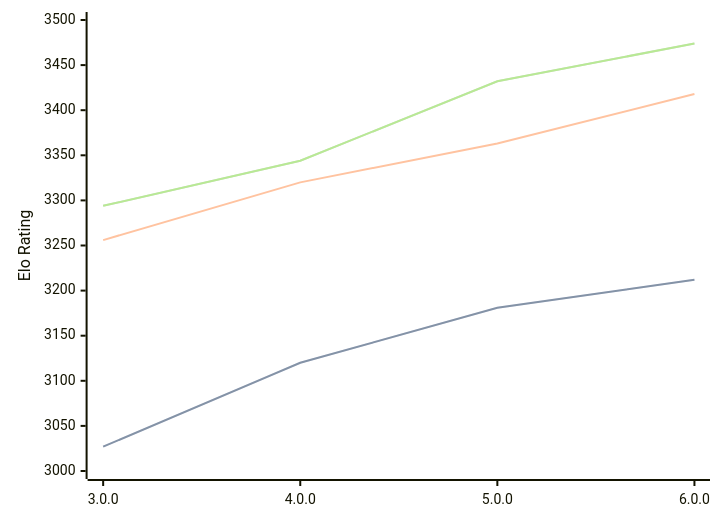
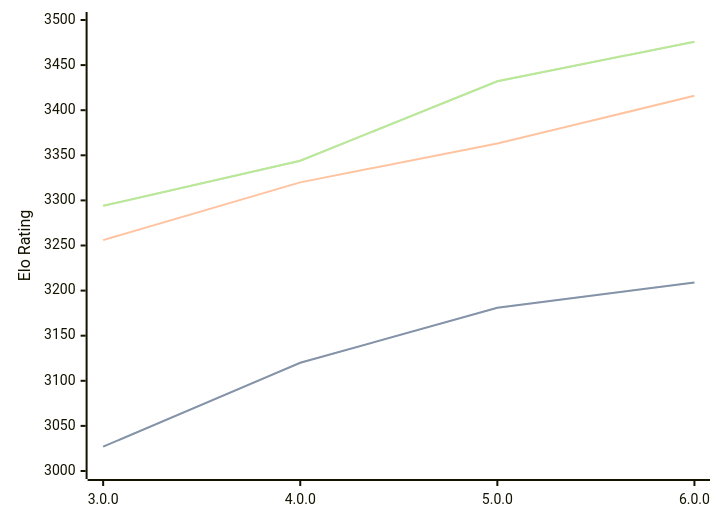
Before and after one commit to computer-chess-index/cci: the diagram in engines/Minke.md, drawn with Mermaid. The commit also changed other lines of this file, not shown here.

Commit message:
Update CCI Ratings (ELO VLTC) - 2026-05-07

````diff
--- a/engines/Minke.md
+++ b/engines/Minke.md
@@ -36,11 +36,11 @@
 ```mermaid
 %%{init: {"theme":"base","themeVariables":{"seriesColors:['#a3a3a3','#222221','#faa371']}}}%%
 xychart-beta
   x-axis ["3.0.0", "4.0.0", "5.0.0", "6.0.0"]
   y-axis "Elo Rating" 3000 --> 3500
-  line "STC (8.0+0.08s)" [3027, 3120, 3181, 3212]
-  line "STC (8.0+0.08s)" [3027, 3120, 3181, 3212]
-  line "LTC (60.0+0.60s)" [3256, 3320, 3363, 3418]
-  line "VLTC (2m24s+1.12s)" [3294, 3344, 3432, 3474]
-  line "VLTC (2m24s+1.12s)" [3294, 3344, 3432, 3474]
+  line "STC (8.0+0.08s)" [3027, 3120, 3181, 3209]
+  line "STC (8.0+0.08s)" [3027, 3120, 3181, 3209]
+  line "LTC (60.0+0.60s)" [3256, 3320, 3363, 3416]
+  line "VLTC (2m24s+1.12s)" [3294, 3344, 3432, 3476]
+  line "VLTC (2m24s+1.12s)" [3294, 3344, 3432, 3476]
 ```
````
